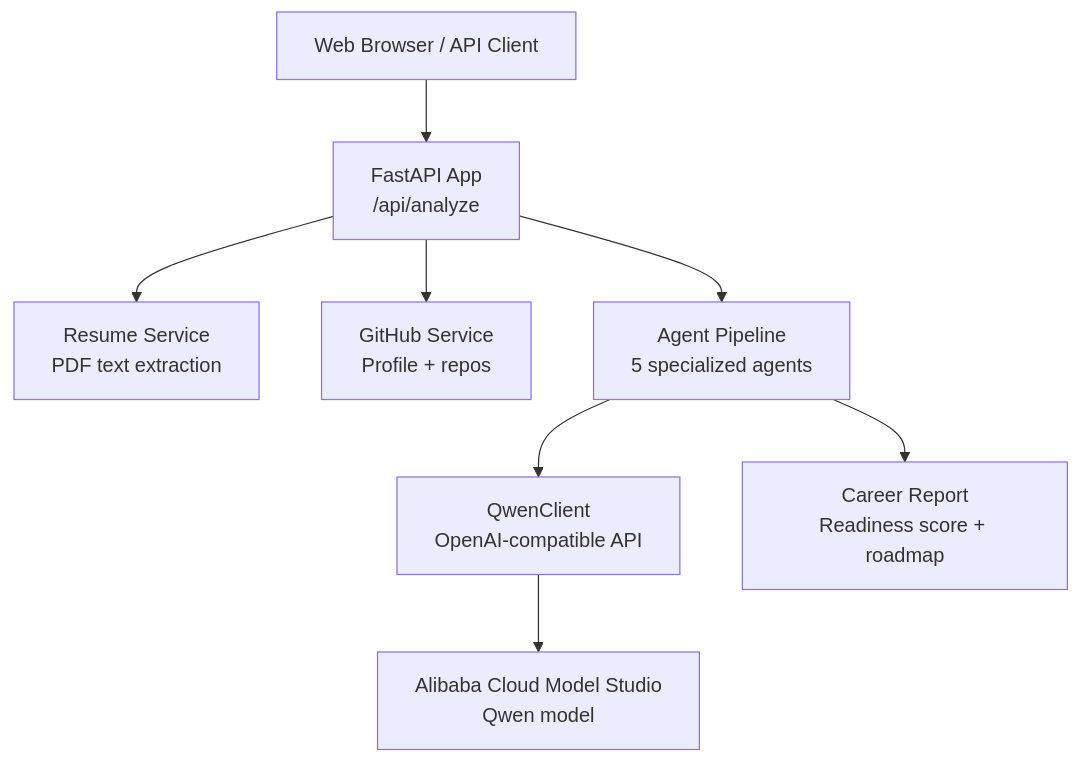
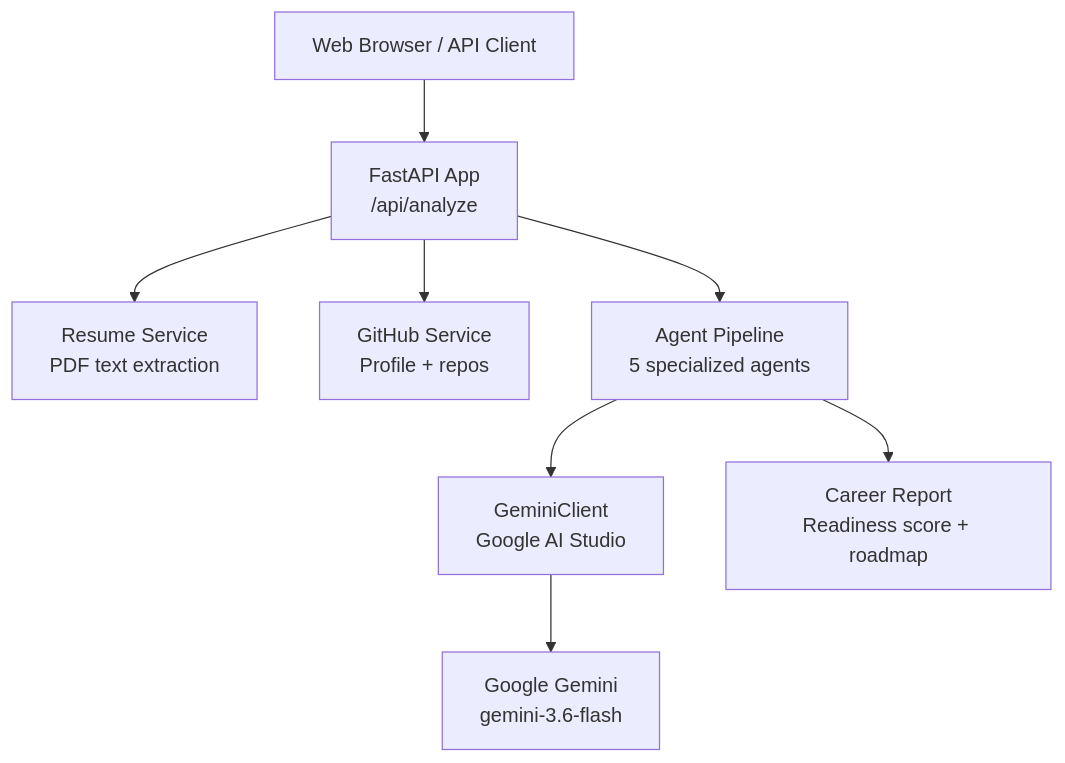
One commit to waqarimran342/CareerOS-AI changed the first of 7 diagrams in .qoder/repowiki/en/content/Project Overview.md. Above: the diagram before and after it, drawn with Mermaid. The commit also changed other lines of this file and 32 other files, not shown here.

````diff
--- a/.qoder/repowiki/en/content/Project Overview.md
+++ b/.qoder/repowiki/en/content/Project Overview.md
@@ -51,10 +68,10 @@
 ```mermaid
 graph TB
 Client["Web Browser / API Client"] --> API["FastAPI App<br/>/api/analyze"]
 API --> ResumeSvc["Resume Service<br/>PDF text extraction"]
 API --> GitHubSvc["GitHub Service<br/>Profile + repos"]
 API --> Agents["Agent Pipeline<br/>5 specialized agents"]
-Agents --> Qwen["QwenClient<br/>OpenAI-compatible API"]
-Qwen --> Model["Alibaba Cloud Model Studio<br/>Qwen model"]
+Agents --> Gemini["GeminiClient<br/>Google AI Studio"]
+Gemini --> Model["Google Gemini<br/>gemini-3.6-flash"]
 Agents --> Report["Career Report<br/>Readiness score + roadmap"]
 ```
````
